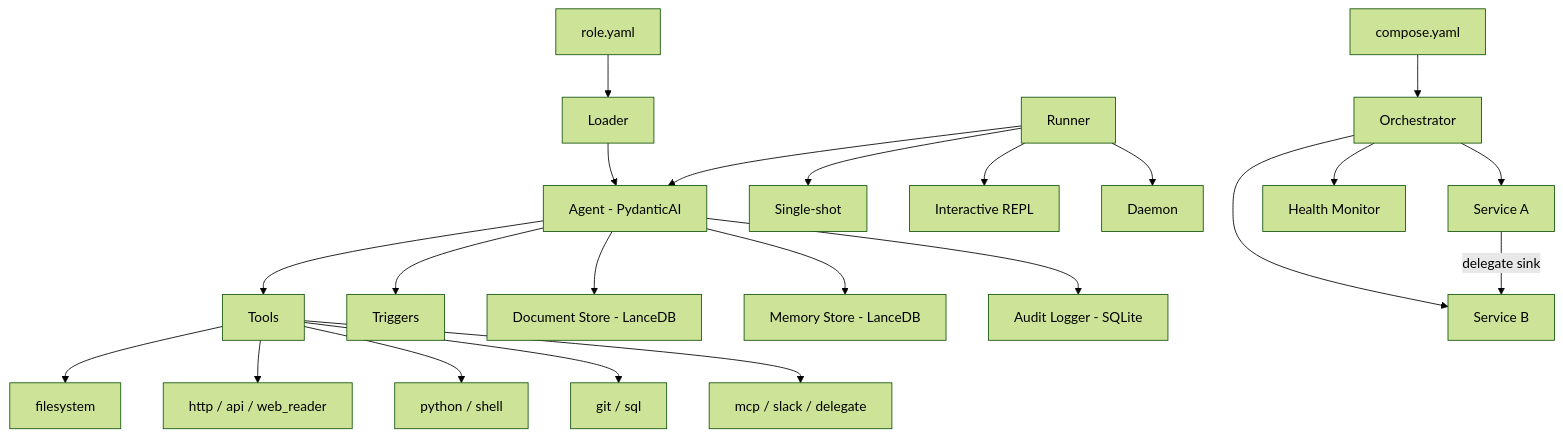
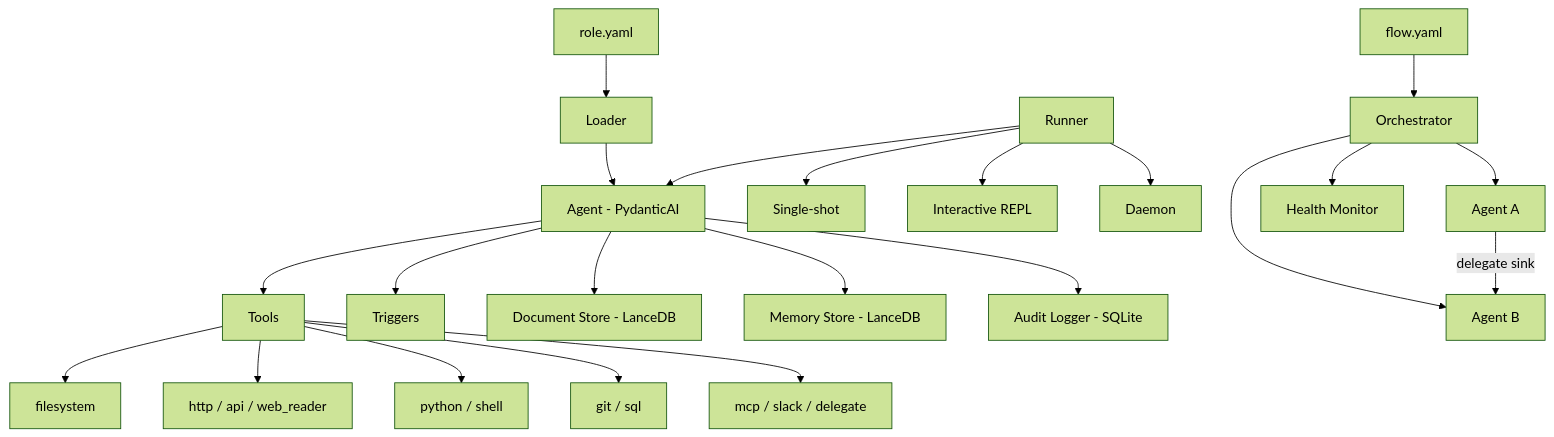
Before and after one commit to vladkesler/initrunner: the diagram in docs/configuration/providers.md, drawn with Mermaid (forest theme). The commit also changed other lines of this file and 242 other files, not shown here.

````diff
--- a/docs/configuration/providers.md
+++ b/docs/configuration/providers.md
@@ -390,27 +390,27 @@
 ```mermaid
 graph TD
     A[role.yaml] --> B[Loader]
     B --> C[Agent - PydanticAI]
     C --> D[Tools]
     C --> E[Triggers]
     C --> F[Document Store - LanceDB]
     C --> G[Memory Store - LanceDB]
     C --> H[Audit Logger - SQLite]
 
     D --> D1[filesystem]
     D --> D2[http / api / web_reader]
     D --> D3[python / shell]
     D --> D4[git / sql]
     D --> D5[mcp / slack / delegate]
 
     I[Runner] --> C
     I --> I1[Single-shot]
     I --> I2[Interactive REPL]
     I --> I3[Daemon]
 
-    J[compose.yaml] --> K[Orchestrator]
-    K --> L[Service A]
-    K --> M[Service B]
+    J[flow.yaml] --> K[Orchestrator]
+    K --> L[Agent A]
+    K --> M[Agent B]
     L -->|delegate sink| M
     K --> N[Health Monitor]
 ```
````
